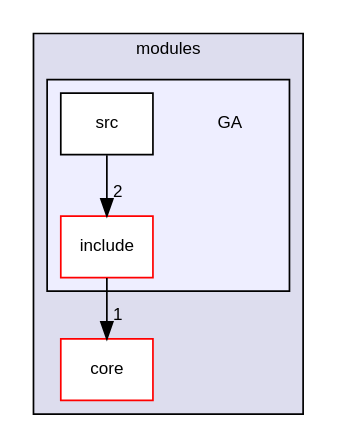
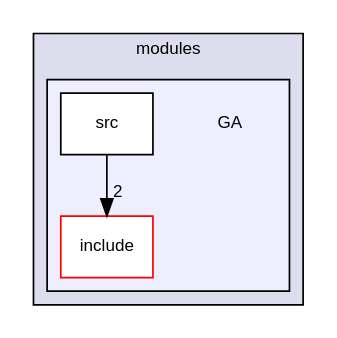
One commit to YuruTu/NANA changed the diagram in docs/dir_59adbde5762d97ad75527641e5709f5d_dep.dot. Above: the diagram before and after it, drawn with Graphviz. The commit also changed 216 other files, not shown here.

```diff
--- a/docs/dir_59adbde5762d97ad75527641e5709f5d_dep.dot
+++ b/docs/dir_59adbde5762d97ad75527641e5709f5d_dep.dot
@@ -1,17 +1,15 @@
 digraph "NANA/modules/GA" {
   compound=true
   node [ fontsize="10", fontname="Helvetica"];
   edge [ labelfontsize="10", labelfontname="Helvetica"];
   subgraph clusterdir_6b55659ead8ae8e939b199224b5f3833 {
     graph [ bgcolor="#ddddee", pencolor="black", label="modules" fontname="Helvetica", fontsize="10", URL="dir_6b55659ead8ae8e939b199224b5f3833.html"]
-  dir_c3e203e05606b384f5fc9d03652c3ac7 [shape=box label="core" fillcolor="white" style="filled" color="red" URL="dir_c3e203e05606b384f5fc9d03652c3ac7.html"];
   subgraph clusterdir_59adbde5762d97ad75527641e5709f5d {
     graph [ bgcolor="#eeeeff", pencolor="black", label="" URL="dir_59adbde5762d97ad75527641e5709f5d.html"];
     dir_59adbde5762d97ad75527641e5709f5d [shape=plaintext label="GA"];
   dir_eee36098850f0dea61ca0103caf017e2 [shape=box label="include" fillcolor="white" style="filled" color="red" URL="dir_eee36098850f0dea61ca0103caf017e2.html"];
   dir_bfbfa4704f04e15011c671f8d0703f07 [shape=box label="src" fillcolor="white" style="filled" URL="dir_bfbfa4704f04e15011c671f8d0703f07.html"];
   }
   }
-  dir_bfbfa4704f04e15011c671f8d0703f07->dir_eee36098850f0dea61ca0103caf017e2 [headlabel="2", labeldistance=1.5 headhref="dir_000015_000013.html"];
-  dir_eee36098850f0dea61ca0103caf017e2->dir_c3e203e05606b384f5fc9d03652c3ac7 [headlabel="1", labeldistance=1.5 headhref="dir_000013_000006.html"];
+  dir_bfbfa4704f04e15011c671f8d0703f07->dir_eee36098850f0dea61ca0103caf017e2 [headlabel="2", labeldistance=1.5 headhref="dir_000017_000015.html"];
 }
```
